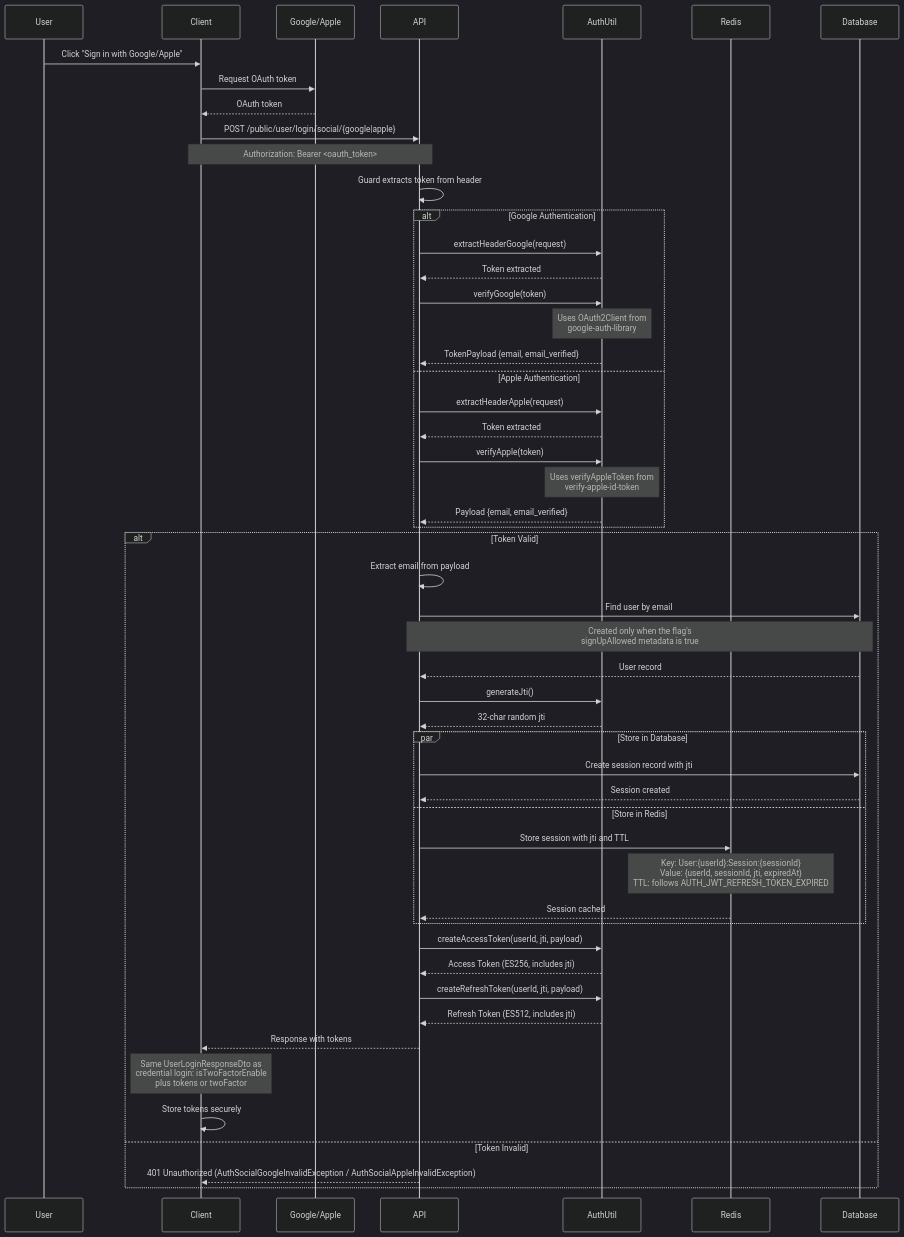
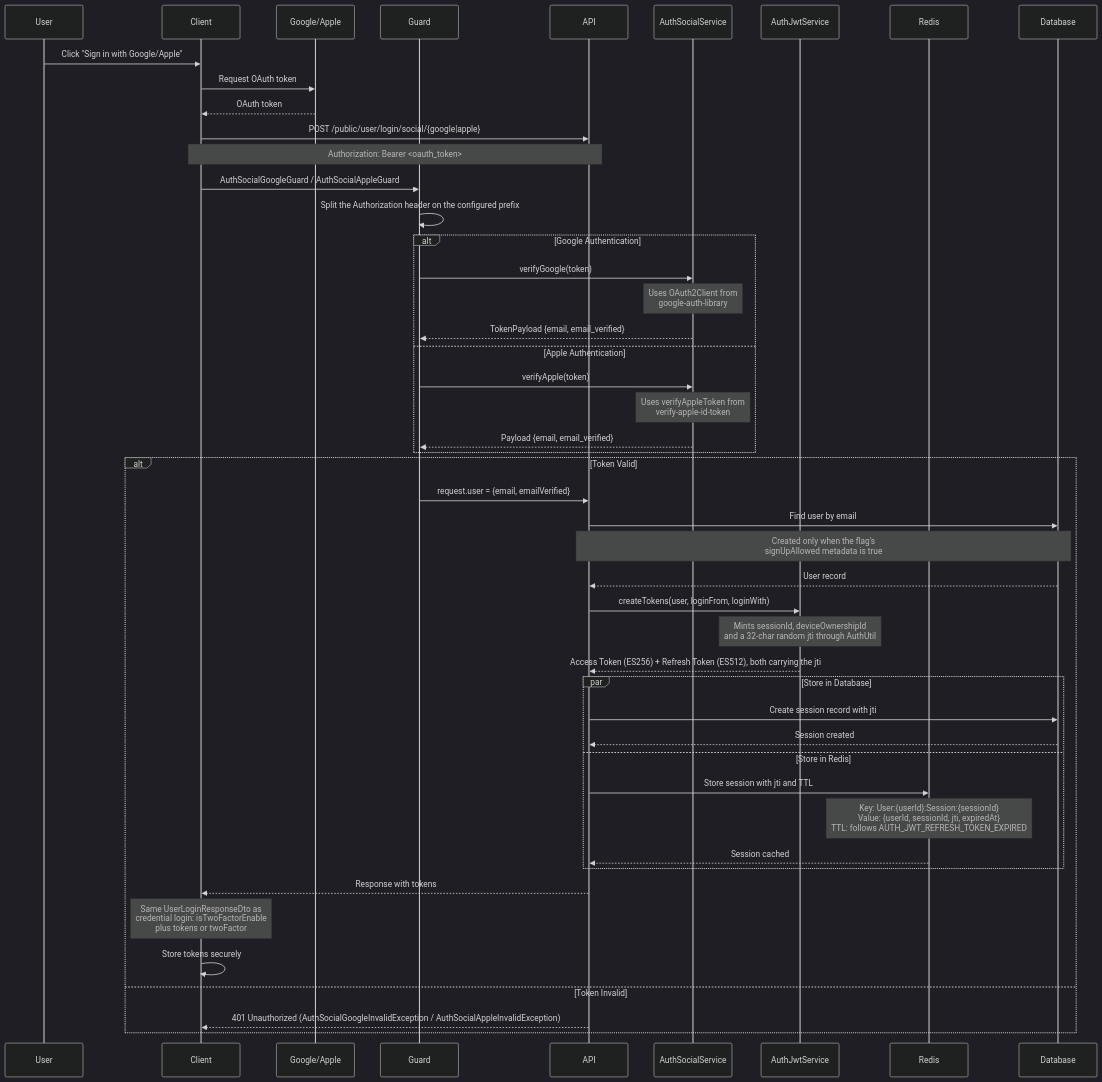
Before and after one commit to andrechristikan/ack-nestjs-boilerplate: the fifth of 9 diagrams in docs/authentication.md, drawn with Mermaid (dark theme). The commit also changed other lines of this file and 56 other files, not shown here.

````diff
--- a/docs/authentication.md
+++ b/docs/authentication.md
@@ -598,65 +600,60 @@
 ```mermaid
 sequenceDiagram
     participant User
     participant Client
     participant GoogleApple as Google/Apple
+    participant Guard
     participant API
-    participant AuthUtil
+    participant AuthSocialService
+    participant AuthJwtService
     participant Redis
     participant Database
 
     User->>Client: Click "Sign in with Google/Apple"
     Client->>GoogleApple: Request OAuth token
     GoogleApple-->>Client: OAuth token
     
     Client->>API: POST /public/user/login/social/{google|apple}
     Note over Client,API: Authorization: Bearer <oauth_token>
     
-    API->>API: Guard extracts token from header
+    Client->>Guard: AuthSocialGoogleGuard / AuthSocialAppleGuard
+    Guard->>Guard: Split the Authorization header on the configured prefix
     
     alt Google Authentication
-        API->>AuthUtil: extractHeaderGoogle(request)
-        AuthUtil-->>API: Token extracted
-        API->>AuthUtil: verifyGoogle(token)
-        Note over AuthUtil: Uses OAuth2Client from<br/>google-auth-library
-        AuthUtil-->>API: TokenPayload {email, email_verified}
+        Guard->>AuthSocialService: verifyGoogle(token)
+        Note over AuthSocialService: Uses OAuth2Client from<br/>google-auth-library
+        AuthSocialService-->>Guard: TokenPayload {email, email_verified}
     else Apple Authentication
-        API->>AuthUtil: extractHeaderApple(request)
-        AuthUtil-->>API: Token extracted
-        API->>AuthUtil: verifyApple(token)
-        Note over AuthUtil: Uses verifyAppleToken from<br/>verify-apple-id-token
-        AuthUtil-->>API: Payload {email, email_verified}
+        Guard->>AuthSocialService: verifyApple(token)
+        Note over AuthSocialService: Uses verifyAppleToken from<br/>verify-apple-id-token
+        AuthSocialService-->>Guard: Payload {email, email_verified}
     end
     
     alt Token Valid
-        API->>API: Extract email from payload
+        Guard->>API: request.user = {email, emailVerified}
         API->>Database: Find user by email
         Note over API,Database: Created only when the flag's<br/>signUpAllowed metadata is true
         Database-->>API: User record
         
-        API->>AuthUtil: generateJti()
-        AuthUtil-->>API: 32-char random jti
+        API->>AuthJwtService: createTokens(user, loginFrom, loginWith)
+        Note over AuthJwtService: Mints sessionId, deviceOwnershipId<br/>and a 32-char random jti through AuthUtil
+        AuthJwtService-->>API: Access Token (ES256) + Refresh Token (ES512), both carrying the jti
         
         par Store in Database
             API->>Database: Create session record with jti
             Database-->>API: Session created
         and Store in Redis
             API->>Redis: Store session with jti and TTL
             Note over Redis: Key: User:{userId}:Session:{sessionId}<br/>Value: {userId, sessionId, jti, expiredAt}<br/>TTL: follows AUTH_JWT_REFRESH_TOKEN_EXPIRED
             Redis-->>API: Session cached
         end
         
-        API->>AuthUtil: createAccessToken(userId, jti, payload)
-        AuthUtil-->>API: Access Token (ES256, includes jti)
-        API->>AuthUtil: createRefreshToken(userId, jti, payload)
-        AuthUtil-->>API: Refresh Token (ES512, includes jti)
-        
         API-->>Client: Response with tokens
         Note over Client: Same UserLoginResponseDto as<br/>credential login: isTwoFactorEnable<br/>plus tokens or twoFactor
         
         Client->>Client: Store tokens securely
         
     else Token Invalid
         API-->>Client: 401 Unauthorized (AuthSocialGoogleInvalidException / AuthSocialAppleInvalidException)
     end
 ```
````
